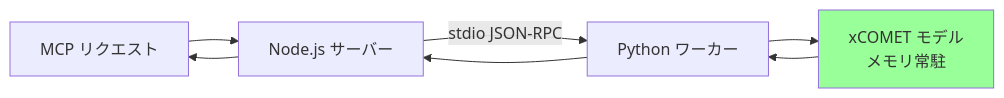
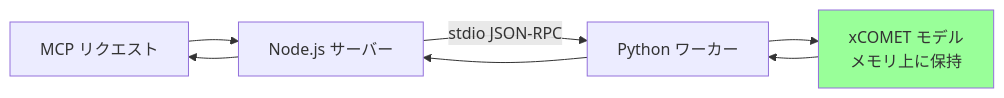
One commit to shuji-bonji/xcomet-mcp-server changed the third of 3 diagrams in README.ja.md. Above: the diagram before and after it, drawn with Mermaid. The commit also changed other lines of this file and 1 other file, not shown here.

````diff
--- a/README.ja.md
+++ b/README.ja.md
@@ -469,11 +471,11 @@
 ```mermaid
 graph LR
     A[MCP リクエスト] --> B[Node.js サーバー]
     B -- stdio JSON-RPC --> C[Python ワーカー]
-    C --> D[xCOMET モデル<br/>メモリ常駐]
+    C --> D[xCOMET モデル<br/>メモリ上に保持]
     D --> C
     C --> B
     B --> A
 
     style D fill:#9f9
 ```
````
